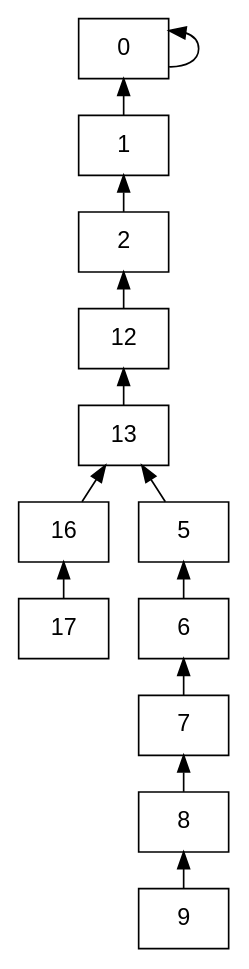
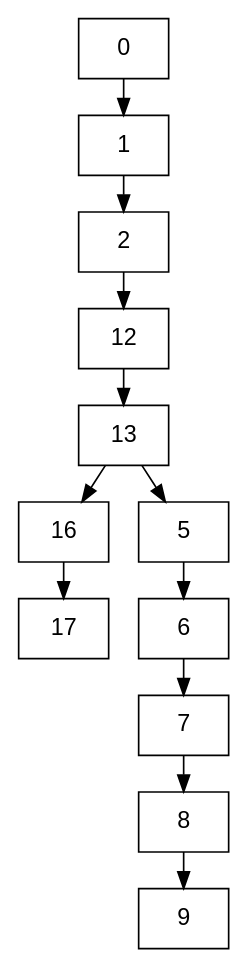
Before and after one commit to stg-tud/apsa: the diagram in 2016/lecture/APSA-02-Factorial-DominatorTreeOfTheAICFG.dot, drawn with Graphviz. The commit also changed 4 other files, not shown here.

```diff
--- a/2016/lecture/APSA-02-Factorial-DominatorTreeOfTheAICFG.dot
+++ b/2016/lecture/APSA-02-Factorial-DominatorTreeOfTheAICFG.dot
@@ -1,35 +1,36 @@
 digraph G {
 	dir=none;
 	ranksep=0.3;
 	rankdir=BT;
 	node [fontname="Helvetica"];
+	edge [dir="back"];
 	1569["shape"="box","label"="12"];
 	1569 -> 50;
 
 	56["shape"="box","label"="8"];
 	56 -> 55;
 
 	57["shape"="box","label"="9"];
-	57 -> 56 [dir=forward];
+	57 -> 56 ;
 	1570["shape"="box","label"="13"];
-	1570 -> 1569 [dir=forward];
+	1570 -> 1569 ;
 	1573["shape"="box","label"="16"];
-	1573 -> 1570 [dir=forward];
+	1573 -> 1570 ;
 	53["shape"="box","label"="5"];
-	53 -> 1570 [dir=forward];
+	53 -> 1570 ;
 
 	54["shape"="box","label"="6"];
-	54 -> 53 [dir=forward];
+	54 -> 53 ;
 	49["shape"="box","label"="1"];
-	49 -> 48 [dir=forward];
+	49 -> 48 ;
 	1574["shape"="box","label"="17"];
-	1574 -> 1573 [dir=forward];
+	1574 -> 1573 ;
 
 	48["shape"="box","label"="0"];
-	48 -> 48 [dir=forward];
+
 	50["shape"="box","label"="2"];
-	50 -> 49 [dir=forward];
+	50 -> 49 ;
 	55["shape"="box","label"="7"];
-	55 -> 54 [dir=forward];
+	55 -> 54 ;
 
 }
```
